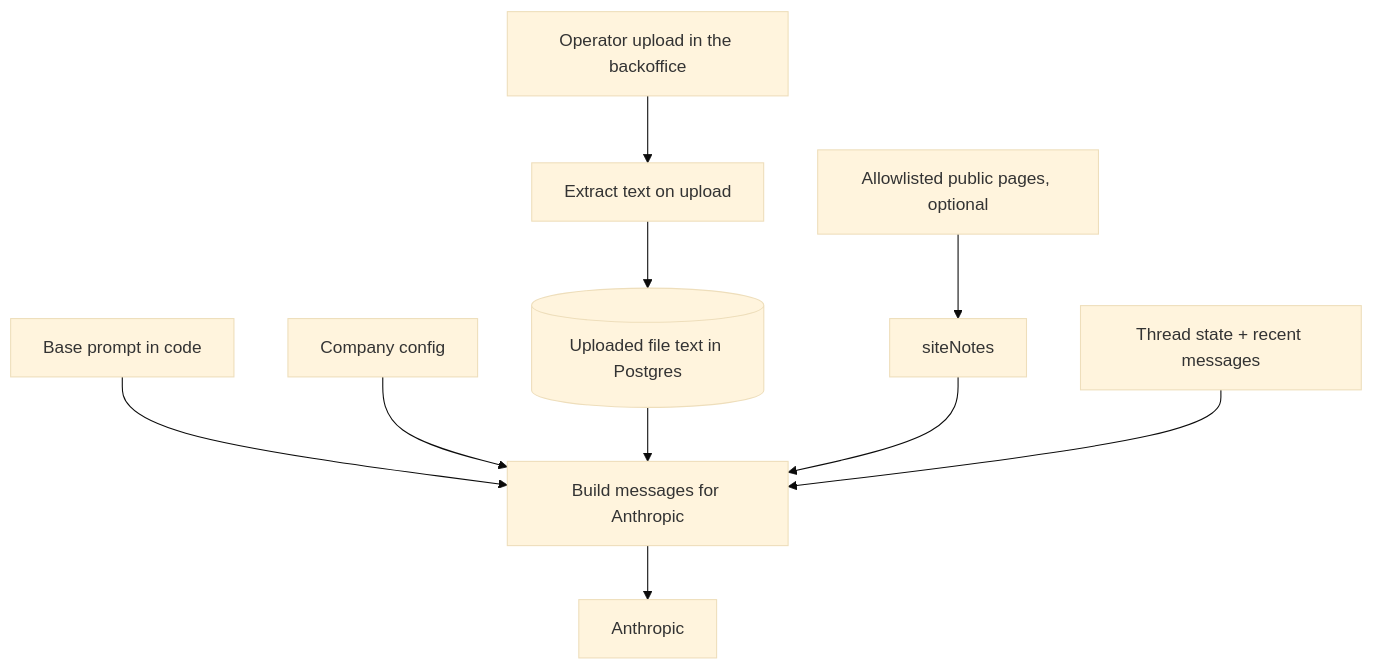
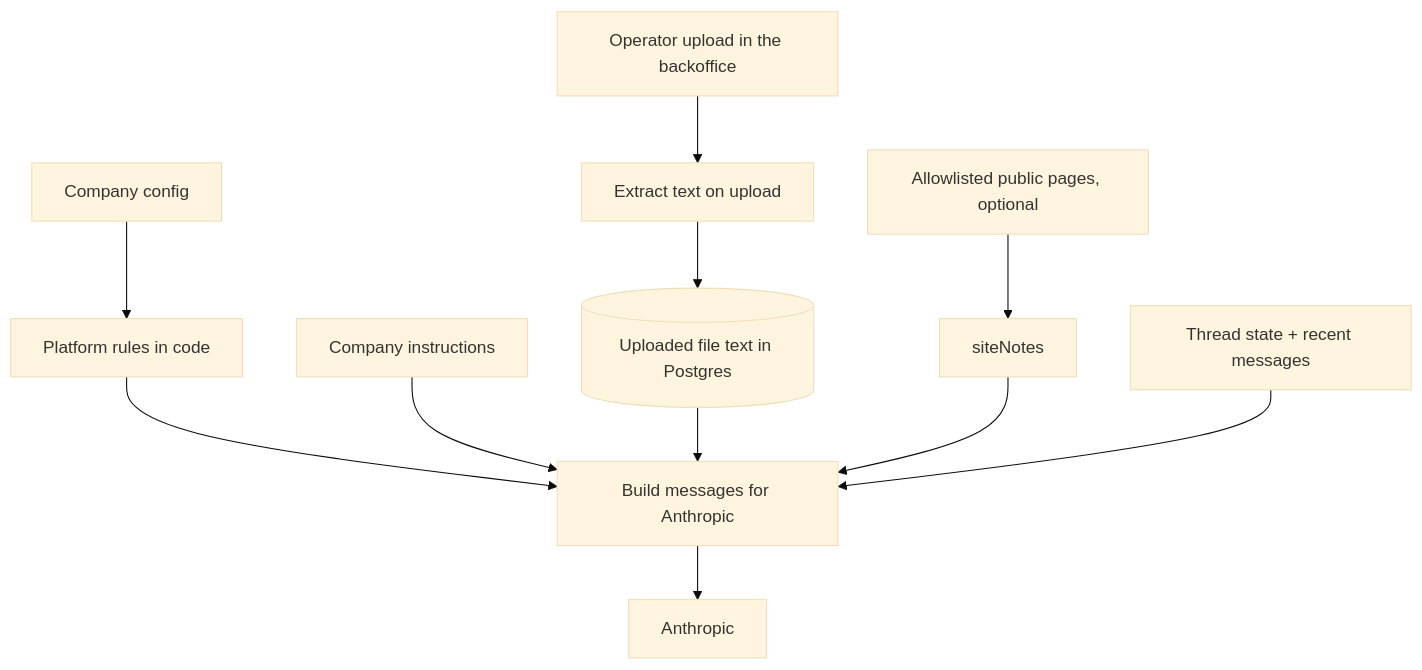
Before and after one commit to luisguareschi/leadscope: the second of 2 diagrams in docs/design.md, drawn with Mermaid (base theme). The commit also changed other lines of this file and 53 other files, not shown here.

First line of the commit message:
Add Configuración: company settings, instructions, and versioned prompt (#6)

````diff
--- a/docs/design.md
+++ b/docs/design.md
@@ -156,12 +171,13 @@
 ```mermaid
 flowchart TD
   upload[Operator upload in the backoffice] --> extract[Extract text on upload]
   extract --> files[(Uploaded file text in Postgres)]
   web[Allowlisted public pages, optional] --> notes[siteNotes]
-  promptBase[Base prompt in code] --> build[Build messages for Anthropic]
-  companyConfig[Company config] --> build
+  promptBase[Platform rules in code] --> build[Build messages for Anthropic]
+  companyConfig[Company config] --> promptBase
+  instructions[Company instructions] --> build
   files --> build
   notes --> build
   thread[Thread state + recent messages] --> build
   build --> llm[Anthropic]
 ```
````
